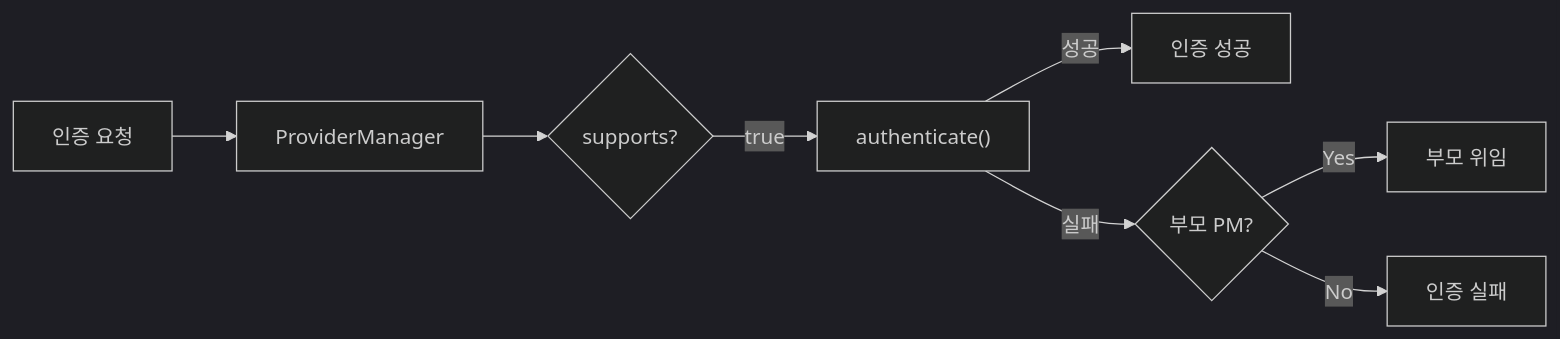
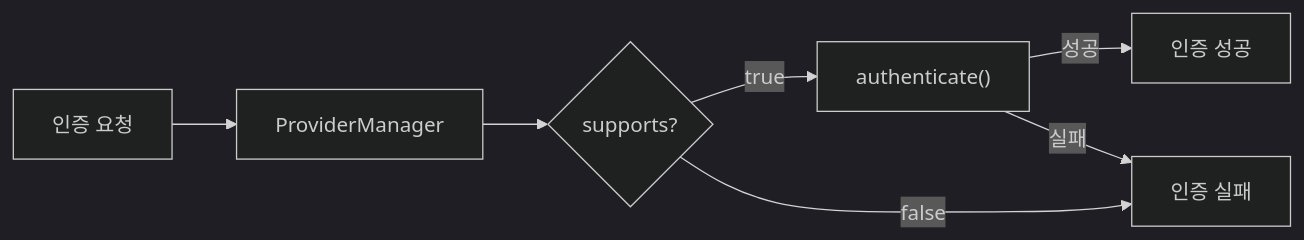
The first of 3 diagrams in _posts/security/2021-06-06-AuthenticationManager.md (yjkim2015/yjkim2015.github.io), drawn with Mermaid (dark theme) before and after one commit. The commit also changed 245 other files, not shown here.

First line of the commit message:
Mermaid 다이어그램 전면 수정 + 면접 포인트 접기/펼치기 + DB 데드락 페이지

````diff
--- a/_posts/security/2021-06-06-AuthenticationManager.md
+++ b/_posts/security/2021-06-06-AuthenticationManager.md
@@ -39,10 +39,9 @@
 ```mermaid
 graph LR
     A["인증 요청"] --> B["ProviderManager"]
     B --> C{"supports?"}
     C -->|true| D["authenticate()"]
-    D -->|성공| E["인증 성공"]
-    D -->|실패| H{"부모 PM?"}
-    H -->|Yes| I["부모 위임"]
-    H -->|No| J["인증 실패"]
+    C -->|false| E["인증 실패"]
+    D -->|성공| F["인증 성공"]
+    D -->|실패| E
 ```
````
